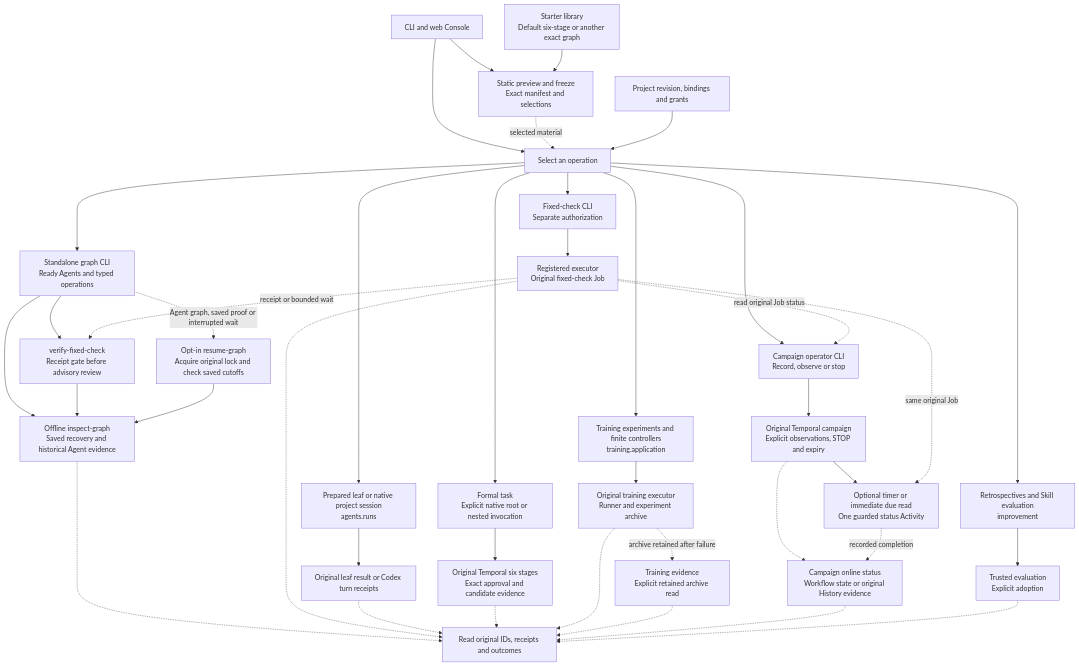
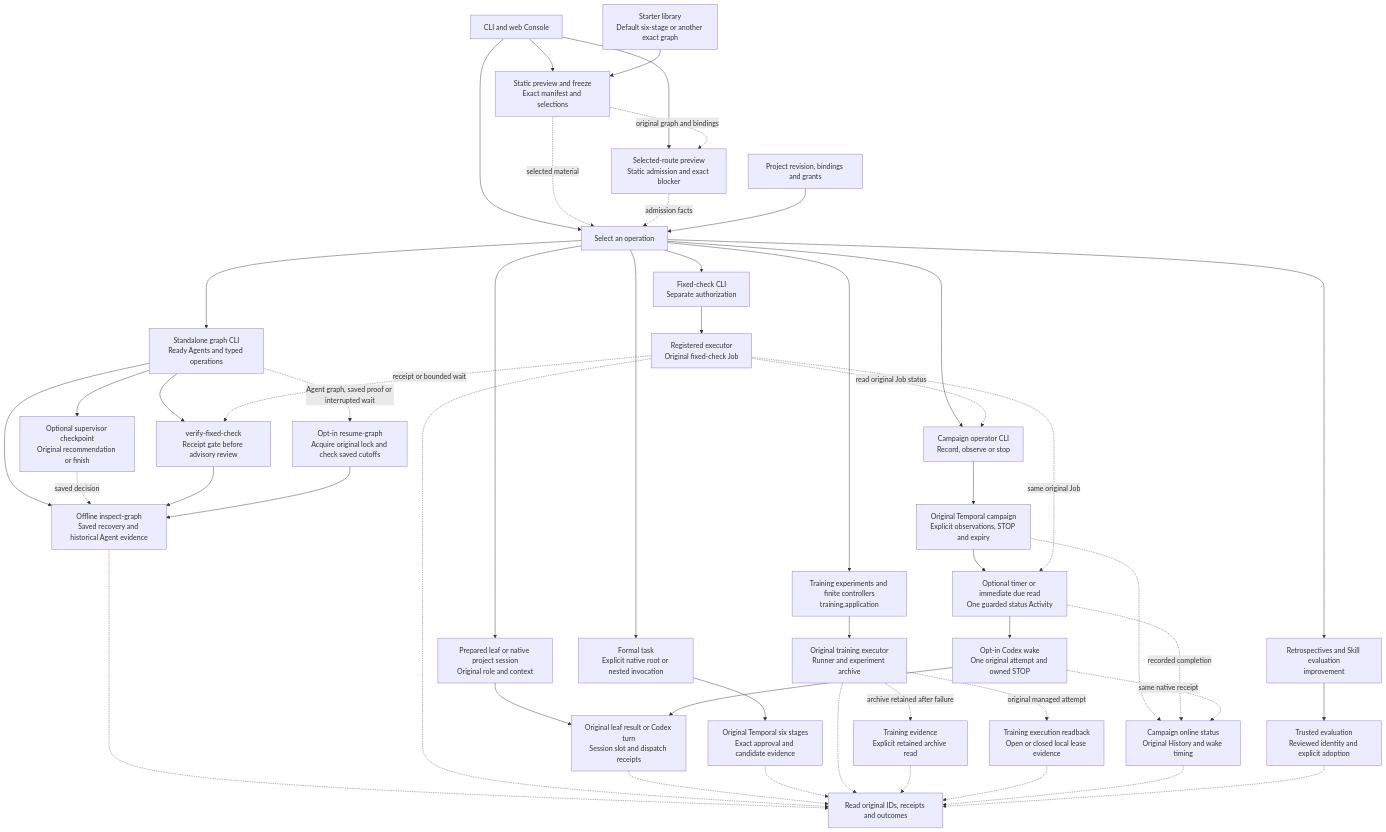
Before and after one commit to 626619403/Ergora: the diagram in docs/architecture/framework-tour.md, drawn with Mermaid. The commit also changed other lines of this file, not shown here.

Commit message:
Map workflow routes, Campaign delivery and original lease evidence

````diff
--- a/docs/architecture/framework-tour.md
+++ b/docs/architecture/framework-tour.md
@@ -13,44 +13,54 @@
 ```mermaid
 flowchart TB
   Entry["CLI and web Console"] --> Select["Select an operation"]
   Entry --> Freeze["Static preview and freeze<br/>Exact manifest and selections"]
+  Entry --> RoutePreview["Selected-route preview<br/>Static admission and exact blocker"]
   Assets["Starter library<br/>Default six-stage or another exact graph"] --> Freeze
   Freeze -. "selected material" .-> Select
+  Freeze -. "original graph and bindings" .-> RoutePreview
+  RoutePreview -. "admission facts" .-> Select
   Config["Project revision, bindings and grants"] --> Select
 
   Select --> Check["Fixed-check CLI<br/>Separate authorization"]
   Select --> Graph["Standalone graph CLI<br/>Ready Agents and typed operations"]
-  Select --> Session["Prepared leaf or native project session<br/>agents.runs"]
+  Select --> Session["Prepared leaf or native project session<br/>Original role and context"]
   Select --> Dev["Formal task<br/>Explicit native root or nested invocation"]
   Select --> Train["Training experiments and finite controllers<br/>training.application"]
   Select --> Campaign["Campaign operator CLI<br/>Record, observe or stop"]
   Select --> Improve["Retrospectives and Skill evaluation<br/>improvement"]
 
   Check --> CheckJob["Registered executor<br/>Original fixed-check Job"]
   Graph --> GraphProof["Offline inspect-graph<br/>Saved recovery and historical Agent evidence"]
+  Graph --> Choice["Optional supervisor checkpoint<br/>Original recommendation or finish"]
+  Choice -. "saved decision" .-> GraphProof
   Graph --> Gate["verify-fixed-check<br/>Receipt gate before advisory review"]
   CheckJob -. "receipt or bounded wait" .-> Gate
   CheckJob -. "read original Job status" .-> Campaign
   Gate --> GraphProof
   Graph -. "Agent graph, saved proof or interrupted wait" .-> Resume["Opt-in resume-graph<br/>Acquire original lock and check saved cutoffs"]
   Resume --> GraphProof
-  Session --> Turn["Original leaf result or Codex turn receipts"]
+  Session --> Turn["Original leaf result or Codex turn<br/>Session slot and dispatch receipts"]
   Dev --> Six["Original Temporal six stages<br/>Exact approval and candidate evidence"]
   Train --> Runner["Original training executor<br/>Runner and experiment archive"]
   Campaign --> CampaignRun["Original Temporal campaign<br/>Explicit observations, STOP and expiry"]
   CampaignRun --> CampaignRead["Optional timer or immediate due read<br/>One guarded status Activity"]
   CheckJob -. "same original Job" .-> CampaignRead
-  Improve --> Eval["Trusted evaluation<br/>Explicit adoption"]
+  CampaignRead --> Wake["Opt-in Codex wake<br/>One original attempt and owned STOP"]
+  Wake --> Turn
+  Improve --> Eval["Trusted evaluation<br/>Reviewed identity and explicit adoption"]
 
   GraphProof -.-> Recover["Read original IDs, receipts and outcomes"]
   CheckJob -.-> Recover
   Turn -.-> Recover
   Six -.-> Recover
   Runner -.-> Recover
   Runner -. "archive retained after failure" .-> RetainedArchive["Training evidence<br/>Explicit retained archive read"]
   RetainedArchive -.-> Recover
-  CampaignRun -.-> CampaignStatus["Campaign online status<br/>Workflow state or original History evidence"]
+  Runner -. "original managed attempt" .-> Lease["Training execution readback<br/>Open or closed local lease evidence"]
+  Lease -.-> Recover
+  CampaignRun -.-> CampaignStatus["Campaign online status<br/>Original History and wake timing"]
   CampaignRead -. "recorded completion" .-> CampaignStatus
+  Wake -. "same native receipt" .-> CampaignStatus
   CampaignStatus -.-> Recover
   Eval -.-> Recover
 ```
````
